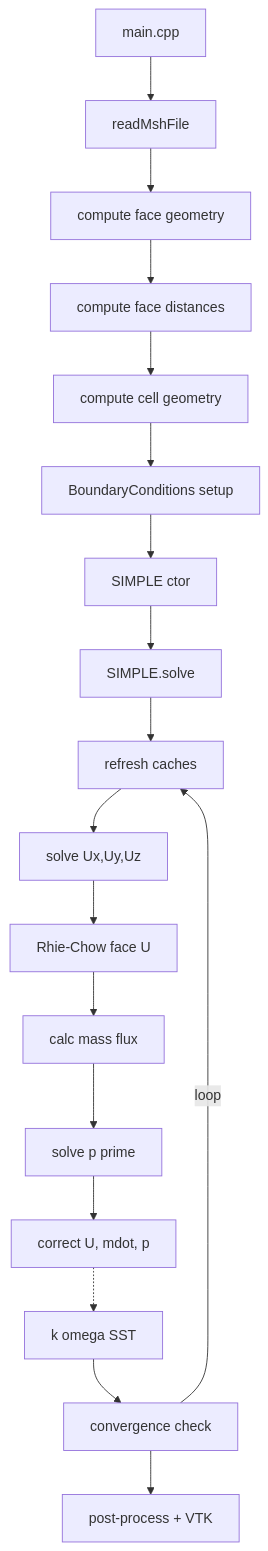
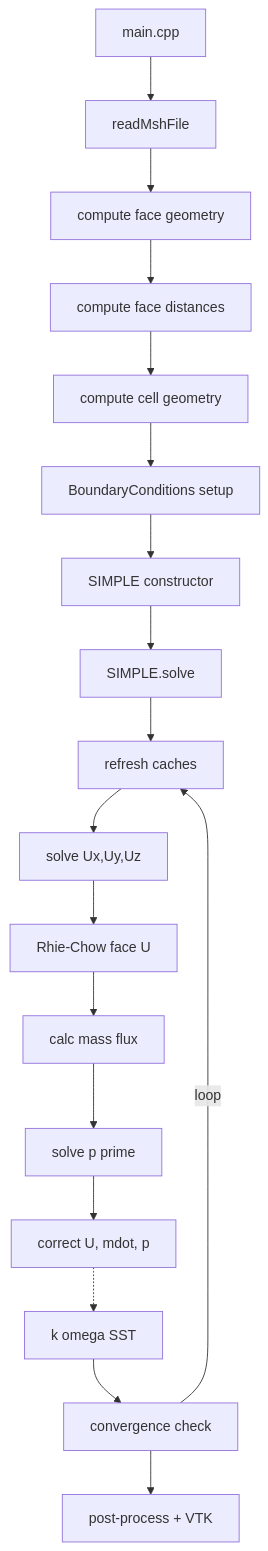
One commit to mohamed-i-mousa/Turblyze changed the diagram in docs/DEVELOPER_GUIDE.md. Above: the diagram before and after it, drawn with Mermaid. The commit also changed other lines of this file and 9 other files, not shown here.

````diff
--- a/docs/DEVELOPER_GUIDE.md
+++ b/docs/DEVELOPER_GUIDE.md
@@ -245,20 +245,20 @@
 ```mermaid
 flowchart TD
   A[main.cpp] --> B[readMshFile]
   B --> C[compute face geometry]
   C --> D[compute face distances]
   D --> E[compute cell geometry]
   E --> F[BoundaryConditions setup]
-  F --> G[SIMPLE ctor]
+  F --> G[SIMPLE constructor]
   G --> H[SIMPLE.solve]
   H --> I[refresh caches]
   I --> J[solve Ux,Uy,Uz]
   J --> K[Rhie-Chow face U]
   K --> L[calc mass flux]
   L --> M[solve p prime]
   M --> N[correct U, mdot, p]
   N -.-> T[k omega SST]
   T --> P[convergence check]
   P -->|loop| I
   P --> Q[post-process + VTK]
 ```
````
